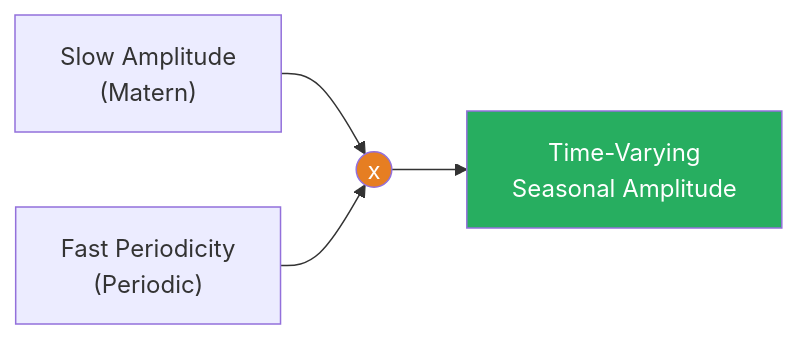
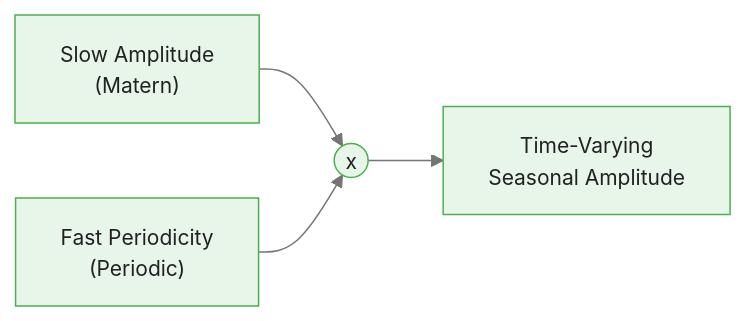
Before and after one commit to m-deane/course-creator: the fourth of 6 diagrams in courses/bayesian-commodity-forecasting/modules/module_05_gaussian_processes/guides/02_kernel_design_slides.md, drawn with Mermaid. The commit also changed other lines of this file and 104 other files, not shown here.

````diff
--- a/courses/bayesian-commodity-forecasting/modules/module_05_gaussian_processes/guides/02_kernel_design_slides.md
+++ b/courses/bayesian-commodity-forecasting/modules/module_05_gaussian_processes/guides/02_kernel_design_slides.md
@@ -224,8 +236,7 @@
 ```mermaid
+%%{init: {"theme": "base", "themeVariables": {"primaryColor": "#e8f5e9", "primaryBorderColor": "#4caf50", "primaryTextColor": "#212121", "secondaryColor": "#e3f2fd", "tertiaryColor": "#fff8e1", "lineColor": "#757575", "fontFamily": "Inter, sans-serif", "fontSize": "14px"}}}%%
 flowchart LR
     A["Slow Amplitude\n(Matern)"] --> TIMES(("x"))
     P["Fast Periodicity\n(Periodic)"] --> TIMES
     TIMES --> TV["Time-Varying\nSeasonal Amplitude"]
-    style TIMES fill:#e67e22,color:#fff
-    style TV fill:#27ae60,color:#fff
 ```
````
